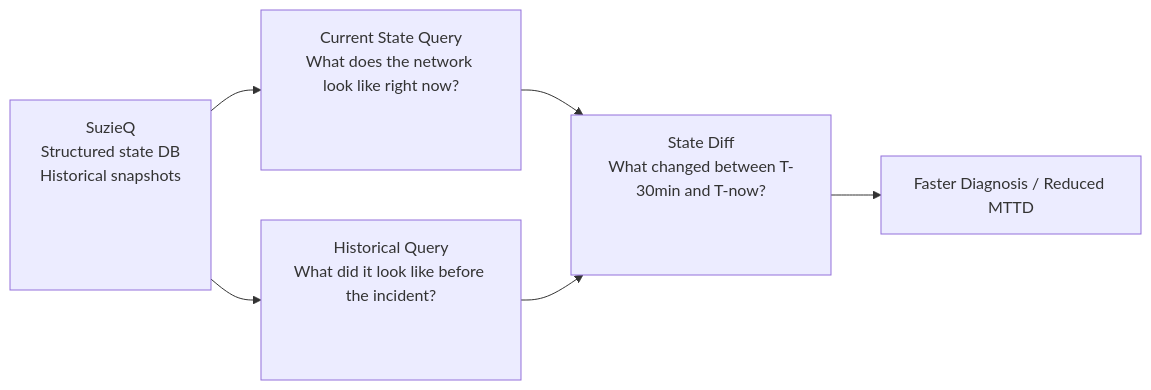
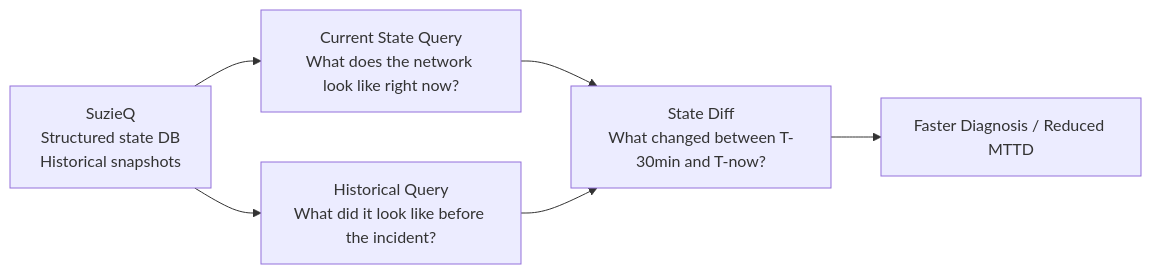
One commit to ppklau/network_automation_handbook changed the second of 4 diagrams in 08-operations-automation/chapter.md. Above: the diagram before and after it, drawn with Mermaid. The commit also changed other lines of this file and 9 other files, not shown here.

Commit message:
Updated Mermaid charts.

````diff
--- a/08-operations-automation/chapter.md
+++ b/08-operations-automation/chapter.md
@@ -133,11 +133,11 @@
 ```mermaid
 graph LR
-    SZQ["<div style='min-height:160px'>SuzieQ<br>Structured state DB<br>Historical snapshots</div>"]
-    NOW["<div style='min-height:130px'>Current State Query<br>What does the network look like right now?</div>"]
-    HIST["<div style='min-height:130px'>Historical Query<br>What did it look like before the incident?</div>"]
-    DIFF["<div style='min-height:130px'>State Diff<br>What changed between T-30min and T-now?</div>"]
+    SZQ["SuzieQ<br>Structured state DB<br>Historical snapshots"]
+    NOW["Current State Query<br>What does the network look like right now?"]
+    HIST["Historical Query<br>What did it look like before the incident?"]
+    DIFF["State Diff<br>What changed between T-30min and T-now?"]
 
     SZQ --> NOW & HIST
     NOW & HIST --> DIFF
     DIFF --> DIAG["Faster Diagnosis / Reduced MTTD"]
 ```
````
